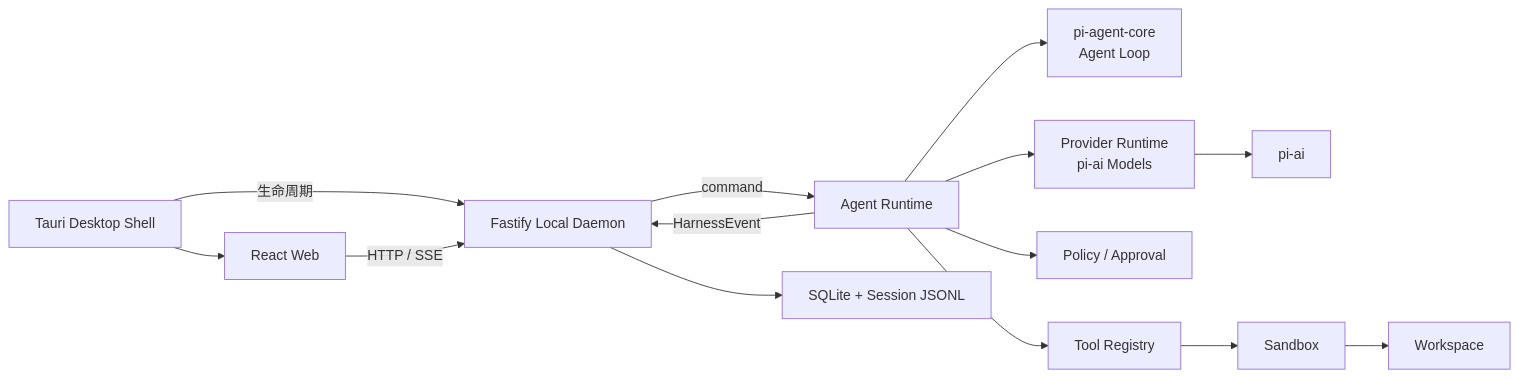
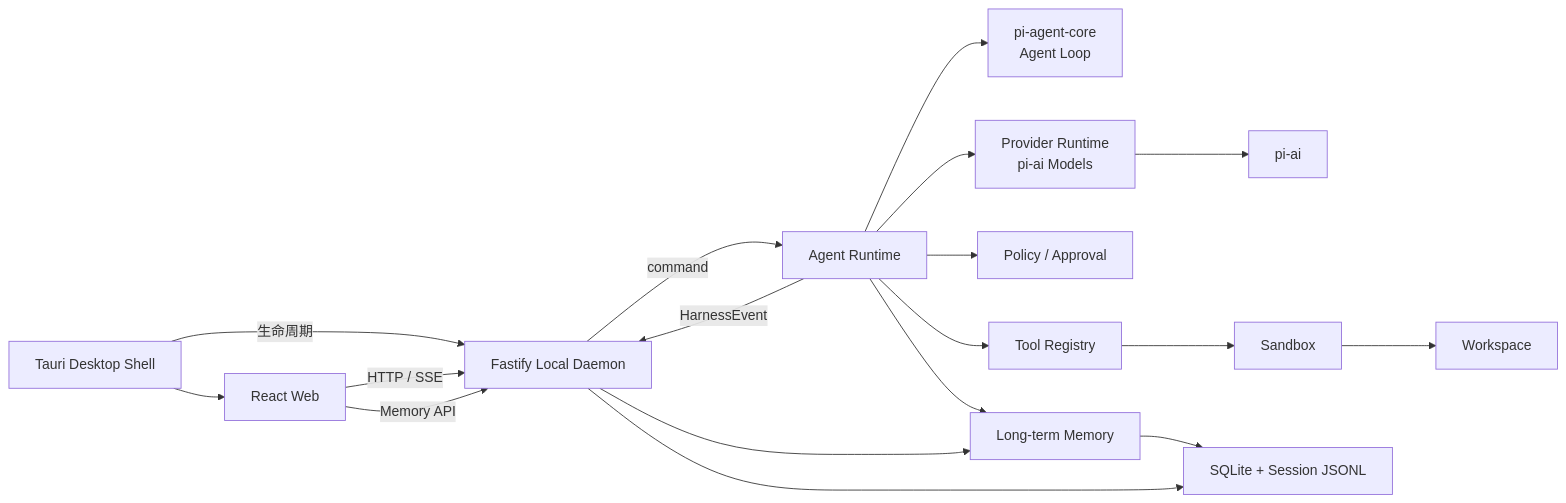
One commit to xiaotianna/pi-harness changed the diagram in docs/架构设计.md. Above: the diagram before and after it, drawn with Mermaid. The commit also changed other lines of this file and 36 other files, not shown here.

````diff
--- a/docs/架构设计.md
+++ b/docs/架构设计.md
@@ -38,29 +38,34 @@
 ```mermaid
 flowchart LR
     Desktop["Tauri Desktop Shell"]
     Web["React Web"]
     Daemon["Fastify Local Daemon"]
     Runtime["Agent Runtime"]
     Core["pi-agent-core<br/>Agent Loop"]
     Providers["Provider Runtime<br/>pi-ai Models"]
     AI["pi-ai"]
     Policy["Policy / Approval"]
     Tools["Tool Registry"]
+    Memory["Long-term Memory"]
     Sandbox["Sandbox"]
     Store["SQLite + Session JSONL"]
     Workspace["Workspace"]
 
     Desktop --> Web
     Desktop -->|"生命周期"| Daemon
     Web -->|"HTTP / SSE"| Daemon
     Daemon -->|"command"| Runtime
     Runtime -->|"HarnessEvent"| Daemon
     Runtime --> Core
     Runtime --> Providers
     Providers --> AI
     Runtime --> Policy
     Runtime --> Tools
+    Runtime --> Memory
+    Daemon --> Memory
+    Web -->|"Memory API"| Daemon
+    Memory --> Store
     Tools --> Sandbox
     Sandbox --> Workspace
     Daemon --> Store
 ```
````
